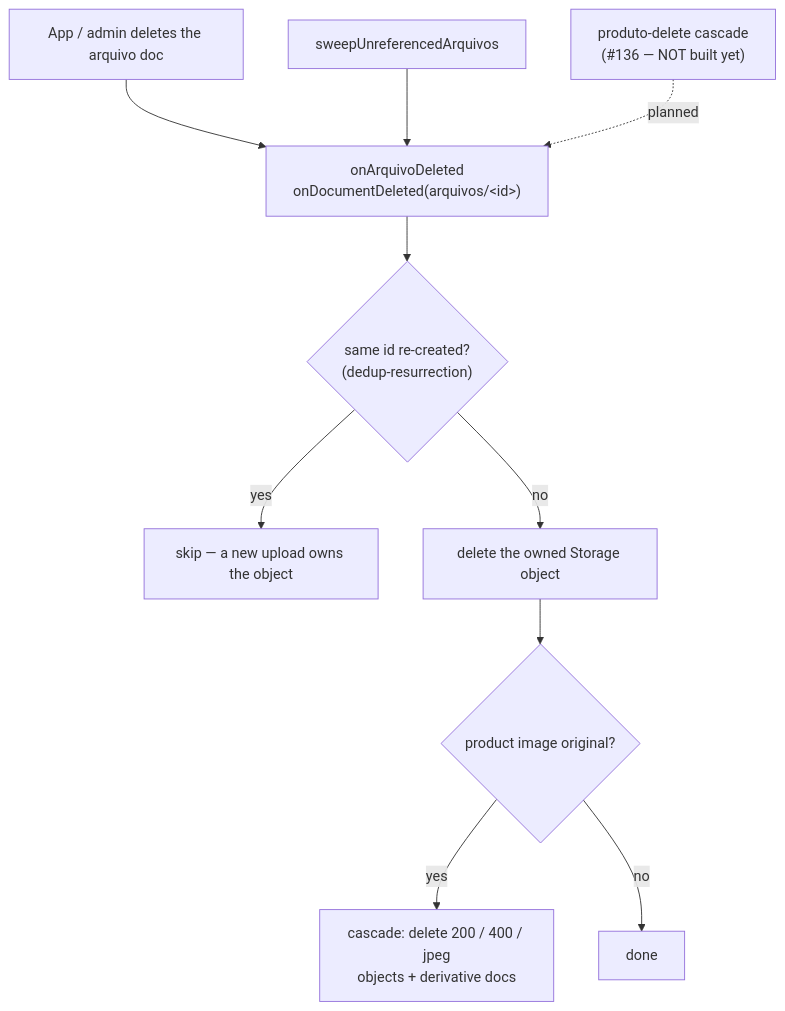
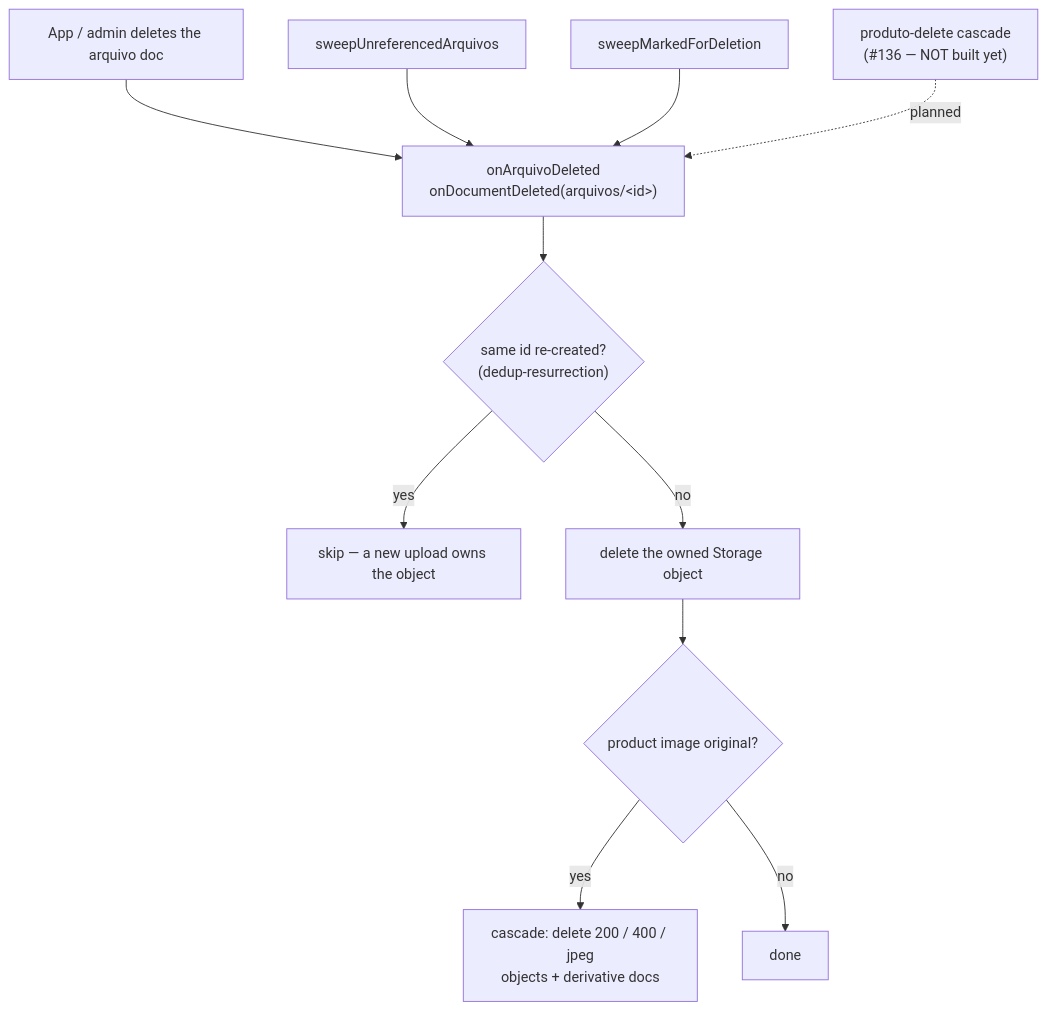
Before and after one commit to Hinten/next_erp: the fifth of 5 diagrams in apps/docs/src/content/docs/architecture/arquivo-lifecycle.md, drawn with Mermaid. The commit also changed other lines of this file and 12 other files, not shown here.

````diff
--- a/apps/docs/src/content/docs/architecture/arquivo-lifecycle.md
+++ b/apps/docs/src/content/docs/architecture/arquivo-lifecycle.md
@@ -156,18 +204,20 @@
 ```mermaid
 flowchart TD
     T1[App / admin deletes the arquivo doc]
     T2[sweepUnreferencedArquivos]
+    T4[sweepMarkedForDeletion]
     T3["produto-delete cascade<br/>(#136 — NOT built yet)"]
 
     T1 --> OAD
     T2 --> OAD
+    T4 --> OAD
     T3 -. planned .-> OAD
 
     OAD["onArquivoDeleted<br/>onDocumentDeleted(arquivos/&lt;id&gt;)"]
     OAD --> G{"same id re-created?<br/>(dedup-resurrection)"}
     G -->|yes| Skip[skip — a new upload owns the object]
     G -->|no| DelObj[delete the owned Storage object]
     DelObj --> Orig{product image original?}
     Orig -->|yes| Casc["cascade: delete 200 / 400 / jpeg<br/>objects + derivative docs"]
     Orig -->|no| Done[done]
 ```
````
